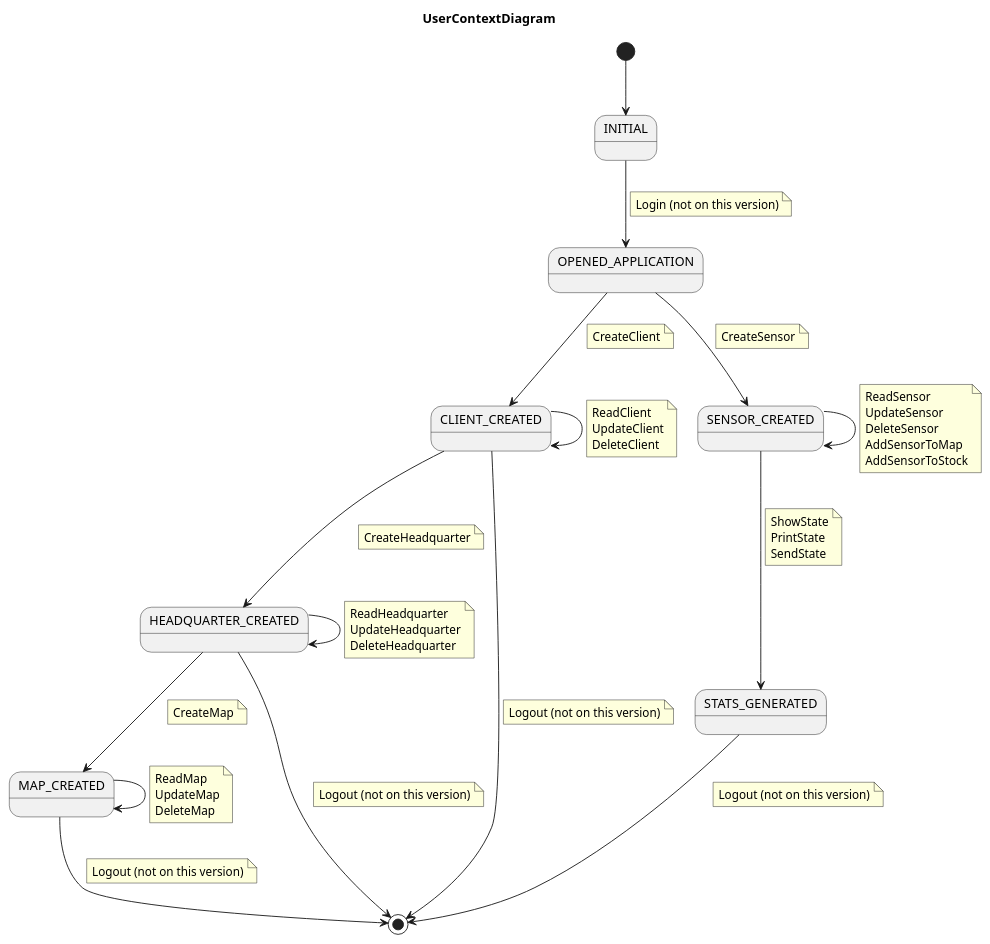
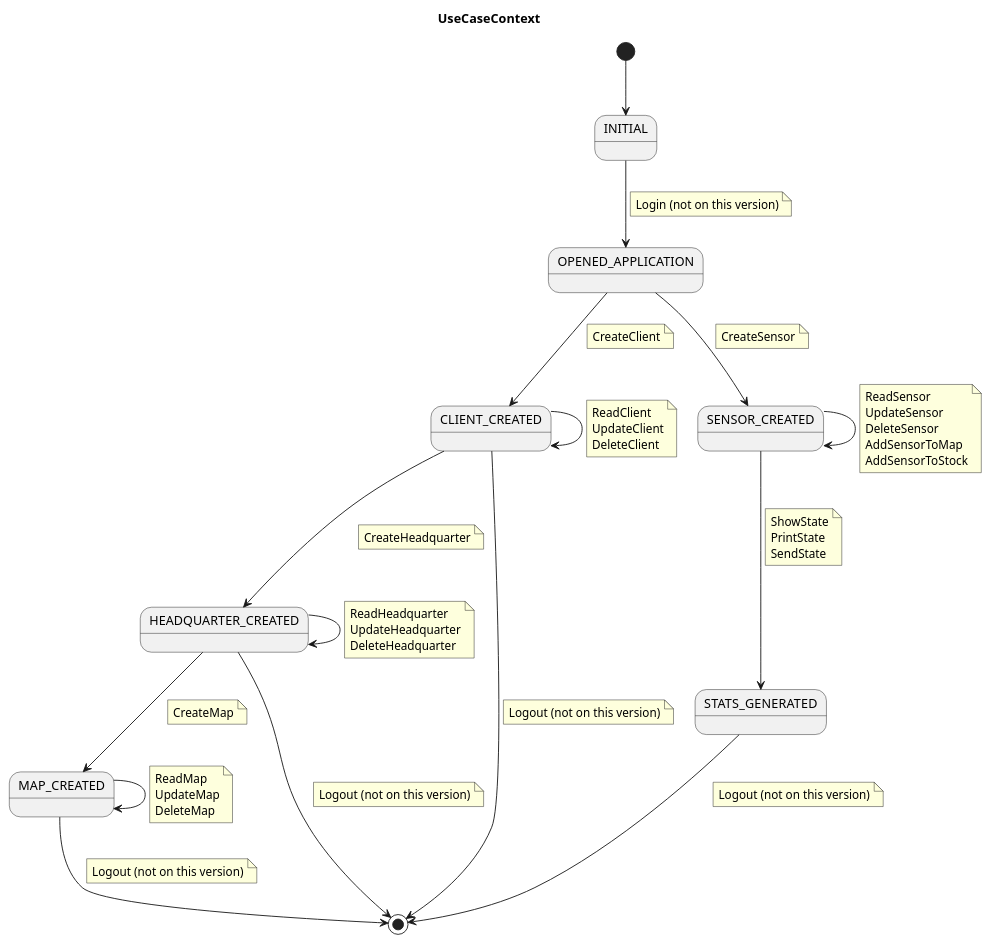
One commit to jumpering/pestmonitors changed the diagram in docs/src/useCase/context/useCaseContext.puml. Above: the diagram before and after it, drawn with PlantUML. The commit also changed 2 other files, not shown here.

```diff
--- a/docs/src/useCase/context/useCaseContext.puml
+++ b/docs/src/useCase/context/useCaseContext.puml
@@ -1,94 +1,94 @@
 @startuml
-title UserContextDiagram
+title UseCaseContext
 state INITIAL
 state OPENED_APPLICATION
 state CLIENT_CREATED
 state HEADQUARTER_CREATED
 state MAP_CREATED
 state SENSOR_CREATED
 state STATS_GENERATED
 
 [*] --> INITIAL
 
 INITIAL --> OPENED_APPLICATION
 note on link
     Login (not on this version)
 end note
 
 OPENED_APPLICATION --> CLIENT_CREATED
     note on link
         CreateClient
     end note
 CLIENT_CREATED --> CLIENT_CREATED
 note on link
     ReadClient
     UpdateClient
     DeleteClient
 end note
 
 CLIENT_CREATED --> HEADQUARTER_CREATED
     note on link
         CreateHeadquarter
     end note
 
 HEADQUARTER_CREATED --> HEADQUARTER_CREATED
     note on link
         ReadHeadquarter
         UpdateHeadquarter
         DeleteHeadquarter
     end note
 
 HEADQUARTER_CREATED --> MAP_CREATED
     note on link
         CreateMap
     end note
 
 MAP_CREATED --> MAP_CREATED
     note on link
         ReadMap
         UpdateMap
         DeleteMap
     end note
 
 OPENED_APPLICATION --> SENSOR_CREATED
     note on link
         CreateSensor
     end note
 
 SENSOR_CREATED --> SENSOR_CREATED
     note on link
         ReadSensor
         UpdateSensor
         DeleteSensor
         AddSensorToMap
         AddSensorToStock
     end note
 
 CLIENT_CREATED --> [*]
       note on link
           Logout (not on this version)
       end note
 
 HEADQUARTER_CREATED --> [*]
       note on link
           Logout (not on this version)
       end note
 
 MAP_CREATED --> [*]
       note on link
           Logout (not on this version)
       end note
 
 SENSOR_CREATED --> STATS_GENERATED
        note on link
            ShowState
            PrintState
            SendState
        end note
 
 STATS_GENERATED --> [*]
       note on link
           Logout (not on this version)
       end note
 
 @enduml
```
